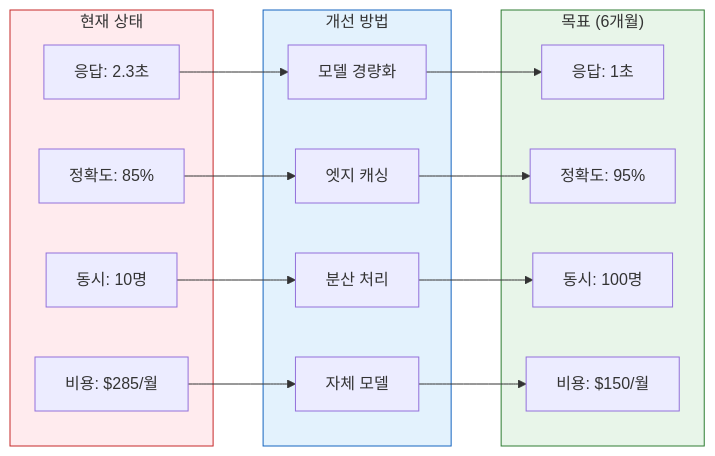
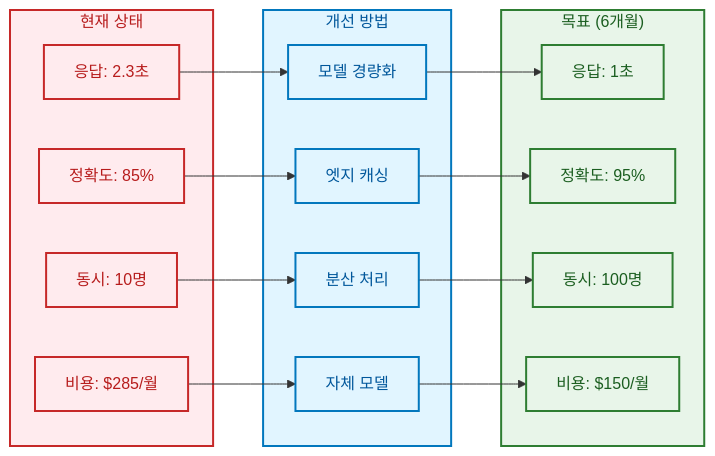
Before and after one commit to AIBootcamp14/langchainproject-new-langchainproject_5: the third of 6 diagrams in docs/PPT/06_향후_계획.md, drawn with Mermaid. The commit also changed other lines of this file and 5 other files, not shown here.

First line of the commit message:
style(docs): PPT 문서에 mermaid 스타일 가이드 적용

````diff
--- a/docs/PPT/06_향후_계획.md
+++ b/docs/PPT/06_향후_계획.md
@@ -135,32 +147,47 @@
 ```mermaid
 graph LR
     subgraph Current["현재 상태"]
         C1[응답: 2.3초]
         C2[정확도: 85%]
         C3[동시: 10명]
         C4[비용: $285/월]
     end
 
     subgraph Target["목표 (6개월)"]
         T1[응답: 1초]
         T2[정확도: 95%]
         T3[동시: 100명]
         T4[비용: $150/월]
     end
 
     subgraph Methods["개선 방법"]
         M1[모델 경량화]
         M2[엣지 캐싱]
         M3[분산 처리]
         M4[자체 모델]
     end
 
     C1 --> M1 --> T1
     C2 --> M2 --> T2
     C3 --> M3 --> T3
     C4 --> M4 --> T4
 
-    style Current fill:#ffebee,stroke:#c62828
-    style Target fill:#e8f5e9,stroke:#2e7d32
-    style Methods fill:#e3f2fd,stroke:#1565c0
+    style Current fill:#ffebee,stroke:#c62828,stroke-width:2px,color:#b71c1c
+    style Target fill:#e8f5e9,stroke:#2e7d32,stroke-width:2px,color:#1b5e20
+    style Methods fill:#e1f5ff,stroke:#0277bd,stroke-width:2px,color:#01579b
+
+    style C1 fill:#ffebee,stroke:#c62828,stroke-width:2px,color:#b71c1c
+    style C2 fill:#ffebee,stroke:#c62828,stroke-width:2px,color:#b71c1c
+    style C3 fill:#ffebee,stroke:#c62828,stroke-width:2px,color:#b71c1c
+    style C4 fill:#ffebee,stroke:#c62828,stroke-width:2px,color:#b71c1c
+
+    style T1 fill:#e8f5e9,stroke:#2e7d32,stroke-width:2px,color:#1b5e20
+    style T2 fill:#e8f5e9,stroke:#2e7d32,stroke-width:2px,color:#1b5e20
+    style T3 fill:#e8f5e9,stroke:#2e7d32,stroke-width:2px,color:#1b5e20
+    style T4 fill:#e8f5e9,stroke:#2e7d32,stroke-width:2px,color:#1b5e20
+
+    style M1 fill:#e1f5ff,stroke:#0277bd,stroke-width:2px,color:#01579b
+    style M2 fill:#e1f5ff,stroke:#0277bd,stroke-width:2px,color:#01579b
+    style M3 fill:#e1f5ff,stroke:#0277bd,stroke-width:2px,color:#01579b
+    style M4 fill:#e1f5ff,stroke:#0277bd,stroke-width:2px,color:#01579b
 ```
````
